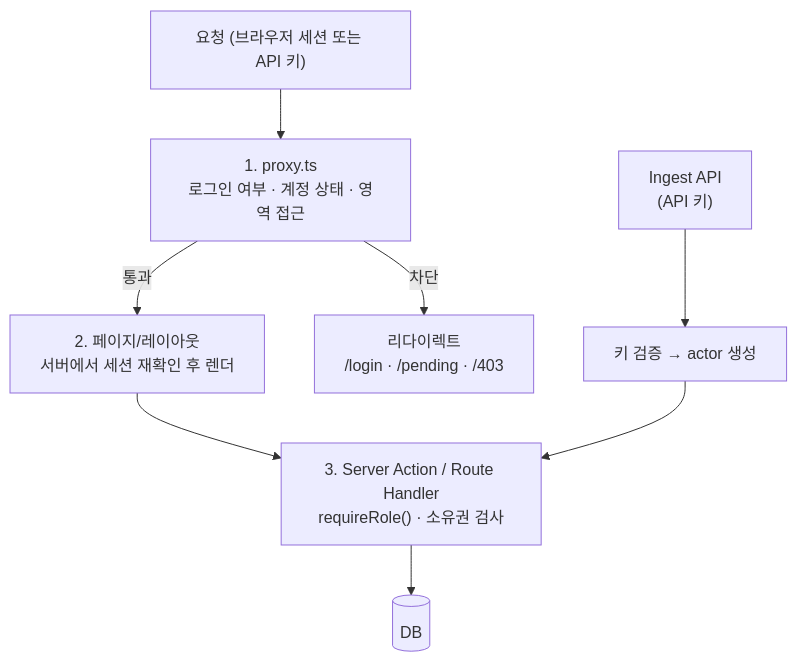
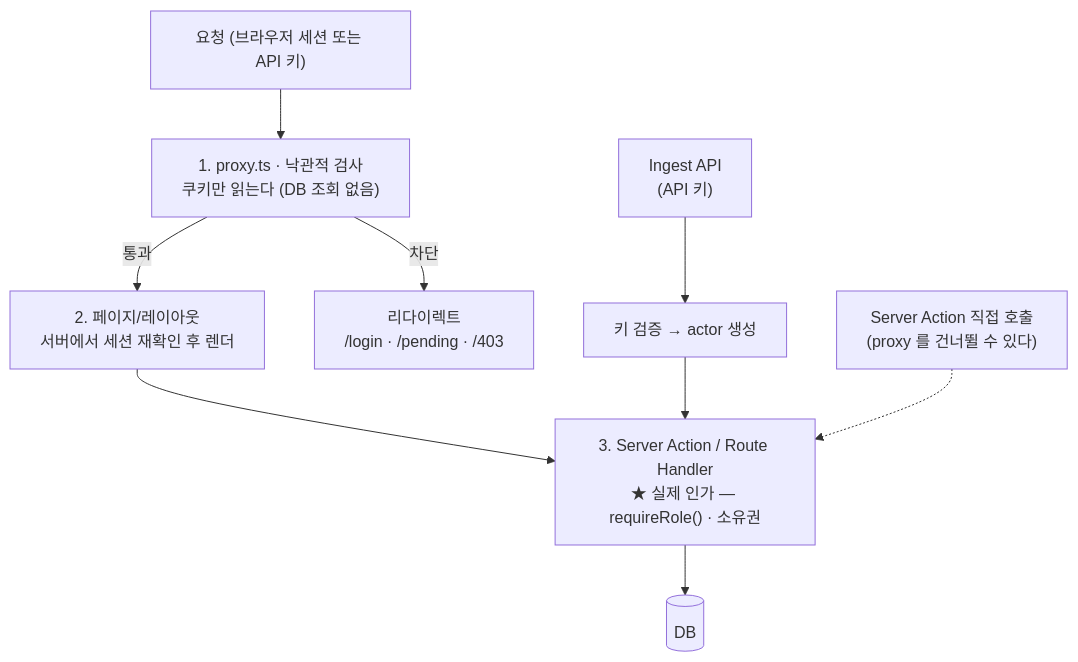
The third of 3 diagrams in _docs/01.요구사항/02_사용자_권한_정책.md (anerjin/private_project_myteam), drawn with Mermaid before and after one commit. The commit also changed other lines of this file and 16 other files, not shown here.

````diff
--- a/_docs/01.요구사항/02_사용자_권한_정책.md
+++ b/_docs/01.요구사항/02_사용자_권한_정책.md
@@ -261,10 +263,11 @@
 ```mermaid
 flowchart TD
-    REQ["요청 (브라우저 세션 또는 API 키)"] --> MW["1. proxy.ts<br/>로그인 여부 · 계정 상태 · 영역 접근"]
+    REQ["요청 (브라우저 세션 또는 API 키)"] --> MW["1. proxy.ts · 낙관적 검사<br/>쿠키만 읽는다 (DB 조회 없음)"]
     MW -->|통과| PAGE["2. 페이지/레이아웃<br/>서버에서 세션 재확인 후 렌더"]
-    PAGE --> ACT["3. Server Action / Route Handler<br/>requireRole() · 소유권 검사"]
+    PAGE --> ACT["3. Server Action / Route Handler<br/>★ 실제 인가 — requireRole() · 소유권"]
     ACT --> DB[("DB")]
     MW -->|차단| RD["리다이렉트<br/>/login · /pending · /403"]
     API["Ingest API<br/>(API 키)"] --> KEY["키 검증 → actor 생성"]
     KEY --> ACT
+    SA["Server Action 직접 호출<br/>(proxy 를 건너뛸 수 있다)"] -.-> ACT
 ```
````
